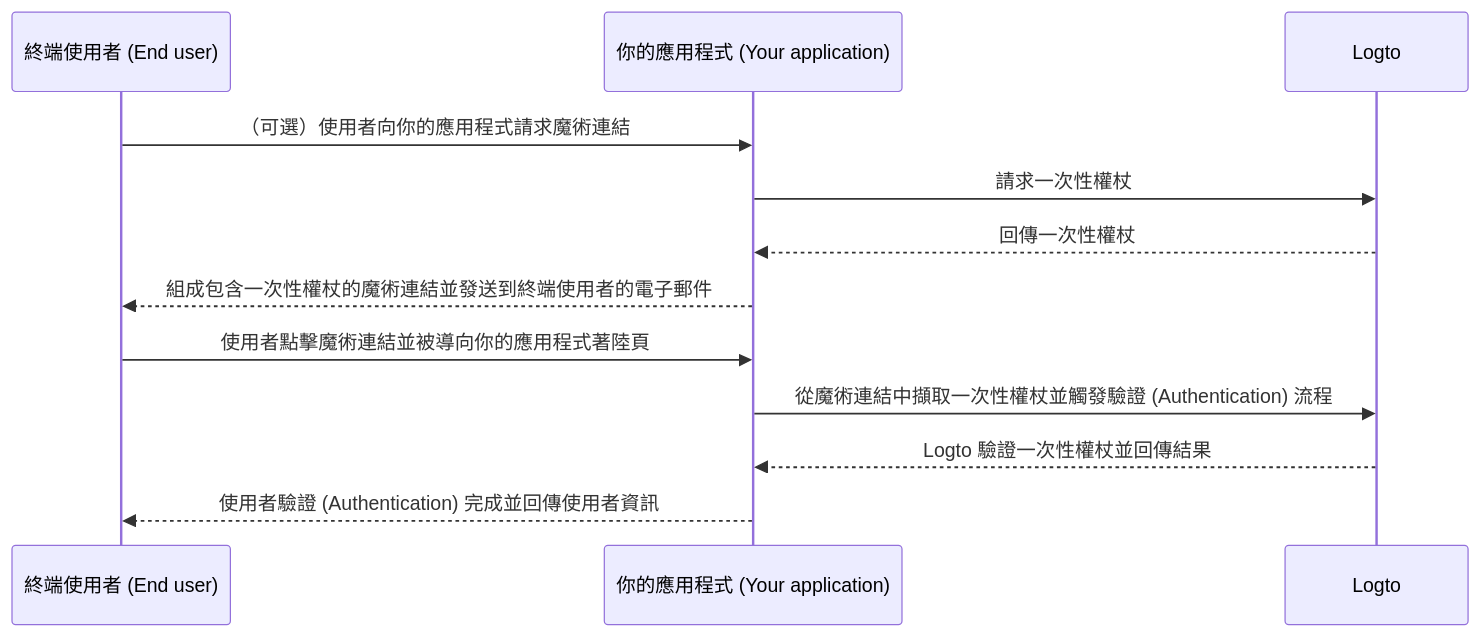
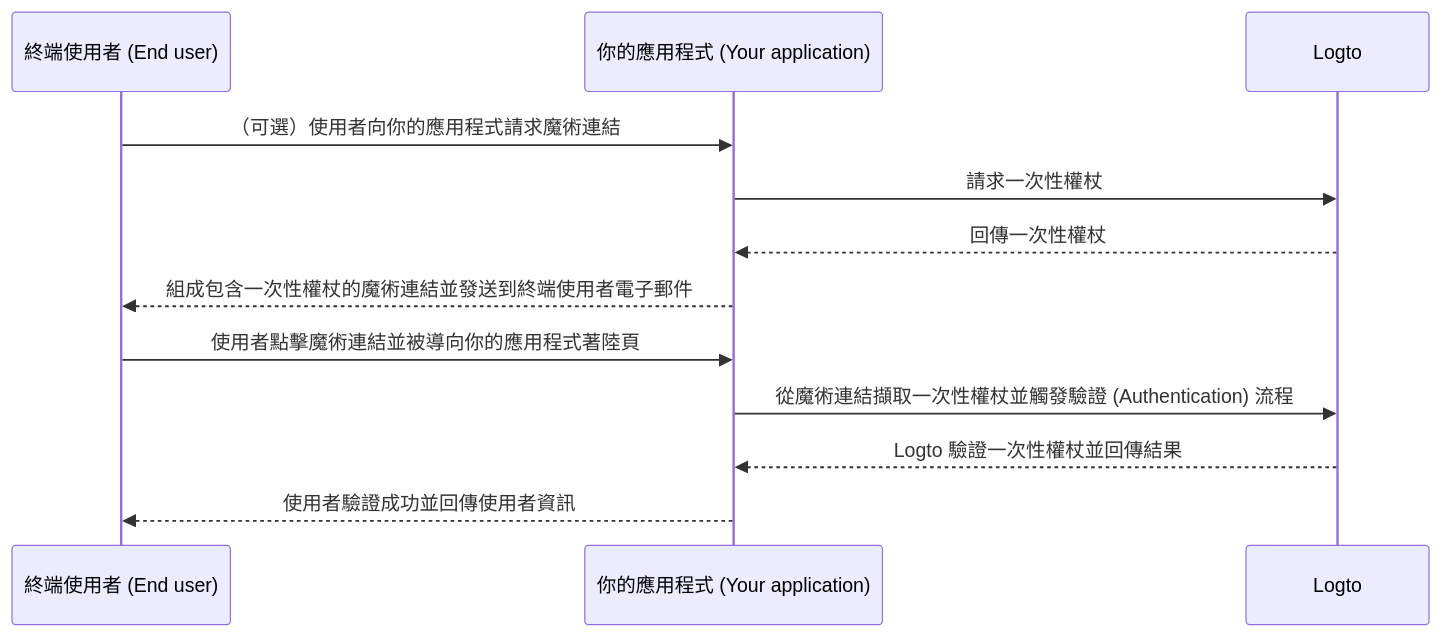
The diagram in i18n/zh-TW/docusaurus-plugin-content-docs/current/end-user-flows/one-time-token.mdx (logto-io/docs), drawn with Mermaid before and after one commit. The commit also changed other lines of this file and 35 other files, not shown here.

````diff
--- a/i18n/zh-TW/docusaurus-plugin-content-docs/current/end-user-flows/one-time-token.mdx
+++ b/i18n/zh-TW/docusaurus-plugin-content-docs/current/end-user-flows/one-time-token.mdx
@@ -24,15 +24,15 @@
 ```mermaid
 sequenceDiagram
   participant U as 終端使用者 (End user)
   participant C as 你的應用程式 (Your application)
   participant L as Logto
 
   U ->> C: （可選）使用者向你的應用程式請求魔術連結
   C ->> L: 請求一次性權杖
   L -->> C: 回傳一次性權杖
-  C -->> U: 組成包含一次性權杖的魔術連結並發送到終端使用者的電子郵件
+  C -->> U: 組成包含一次性權杖的魔術連結並發送到終端使用者電子郵件
   U ->> C: 使用者點擊魔術連結並被導向你的應用程式著陸頁
-  C ->> L: 從魔術連結中擷取一次性權杖並觸發驗證 (Authentication) 流程
+  C ->> L: 從魔術連結擷取一次性權杖並觸發驗證 (Authentication) 流程
   L -->> C: Logto 驗證一次性權杖並回傳結果
-  C -->> U: 使用者驗證 (Authentication) 完成並回傳使用者資訊
+  C -->> U: 使用者驗證成功並回傳使用者資訊
 ```
````
